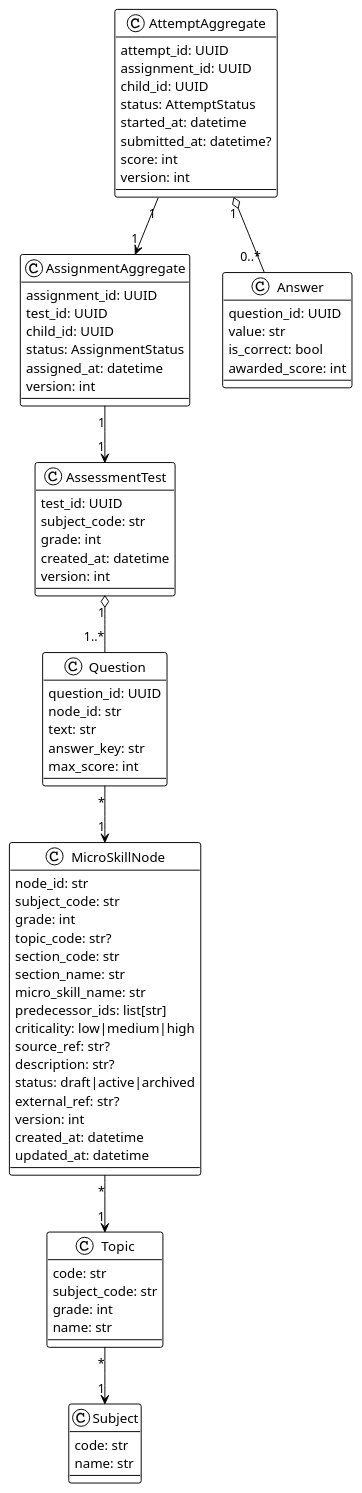
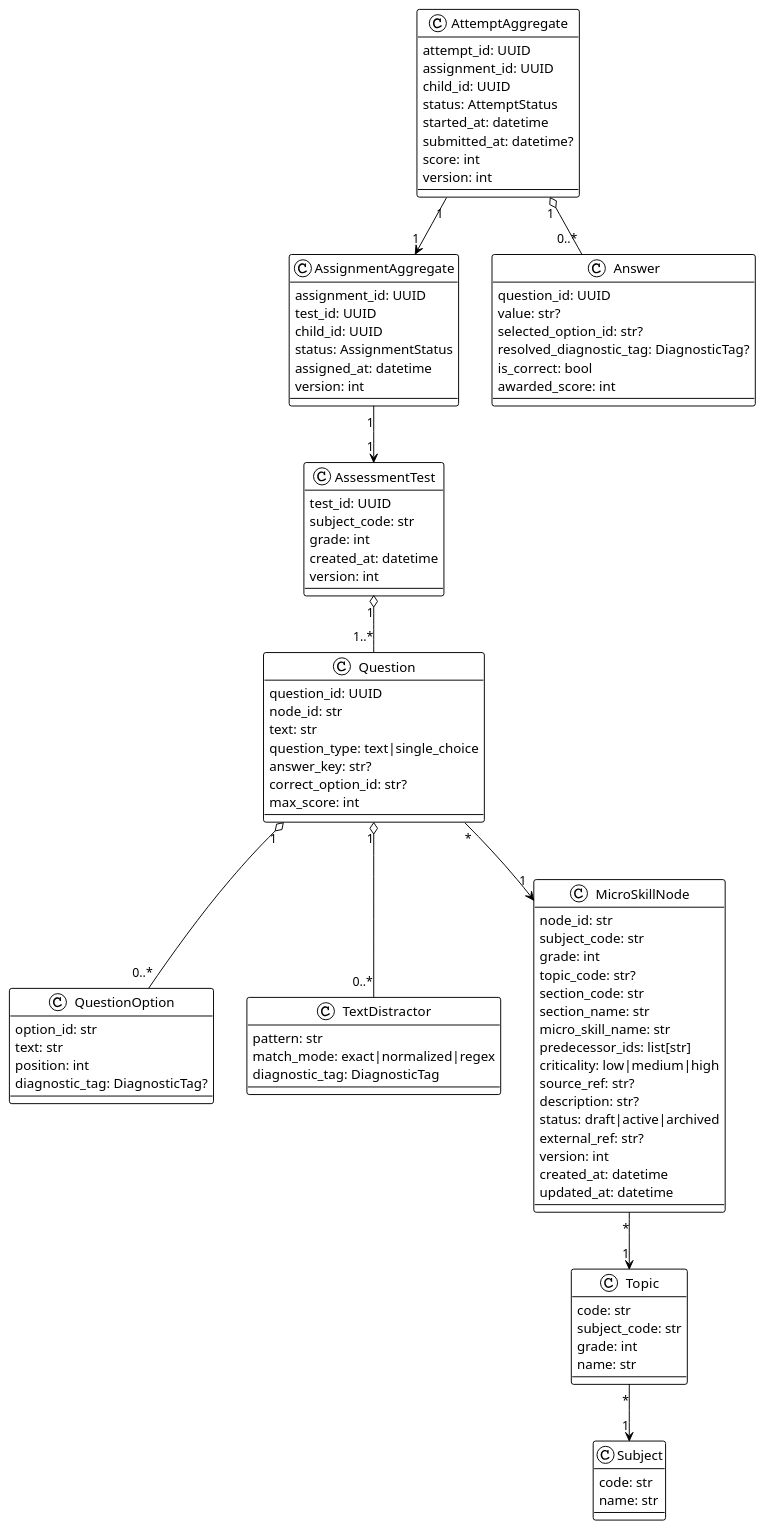
Before and after one commit to semoleg1986/assessment-service: the diagram in docs/diagrams/domain-model.puml, drawn with PlantUML. The commit also changed 8 other files, not shown here.

```diff
--- a/docs/diagrams/domain-model.puml
+++ b/docs/diagrams/domain-model.puml
@@ -1,87 +1,106 @@
 @startuml
 !theme plain
 skinparam shadowing false
 skinparam packageStyle rectangle
 
 class AssessmentTest {
   test_id: UUID
   subject_code: str
   grade: int
   created_at: datetime
   version: int
 }
 
 class Question {
   question_id: UUID
   node_id: str
   text: str
-  answer_key: str
+  question_type: text|single_choice
+  answer_key: str?
+  correct_option_id: str?
   max_score: int
+}
+
+class QuestionOption {
+  option_id: str
+  text: str
+  position: int
+  diagnostic_tag: DiagnosticTag?
+}
+
+class TextDistractor {
+  pattern: str
+  match_mode: exact|normalized|regex
+  diagnostic_tag: DiagnosticTag
 }
 
 class AssignmentAggregate {
   assignment_id: UUID
   test_id: UUID
   child_id: UUID
   status: AssignmentStatus
   assigned_at: datetime
   version: int
 }
 
 class AttemptAggregate {
   attempt_id: UUID
   assignment_id: UUID
   child_id: UUID
   status: AttemptStatus
   started_at: datetime
   submitted_at: datetime?
   score: int
   version: int
 }
 
 class Answer {
   question_id: UUID
-  value: str
+  value: str?
+  selected_option_id: str?
+  resolved_diagnostic_tag: DiagnosticTag?
   is_correct: bool
   awarded_score: int
 }
 
 class Subject {
   code: str
   name: str
 }
 
 class Topic {
   code: str
   subject_code: str
   grade: int
   name: str
 }
 
 class MicroSkillNode {
   node_id: str
   subject_code: str
   grade: int
   topic_code: str?
   section_code: str
   section_name: str
   micro_skill_name: str
   predecessor_ids: list[str]
   criticality: low|medium|high
   source_ref: str?
   description: str?
   status: draft|active|archived
   external_ref: str?
   version: int
   created_at: datetime
   updated_at: datetime
 }
 
 AssessmentTest "1" o-- "1..*" Question
+Question "1" o-- "0..*" QuestionOption
+Question "1" o-- "0..*" TextDistractor
 AssignmentAggregate "1" --> "1" AssessmentTest
 AttemptAggregate "1" --> "1" AssignmentAggregate
 AttemptAggregate "1" o-- "0..*" Answer
 Topic "*" --> "1" Subject
 Question "*" --> "1" MicroSkillNode
 MicroSkillNode "*" --> "1" Topic
 @enduml
```
